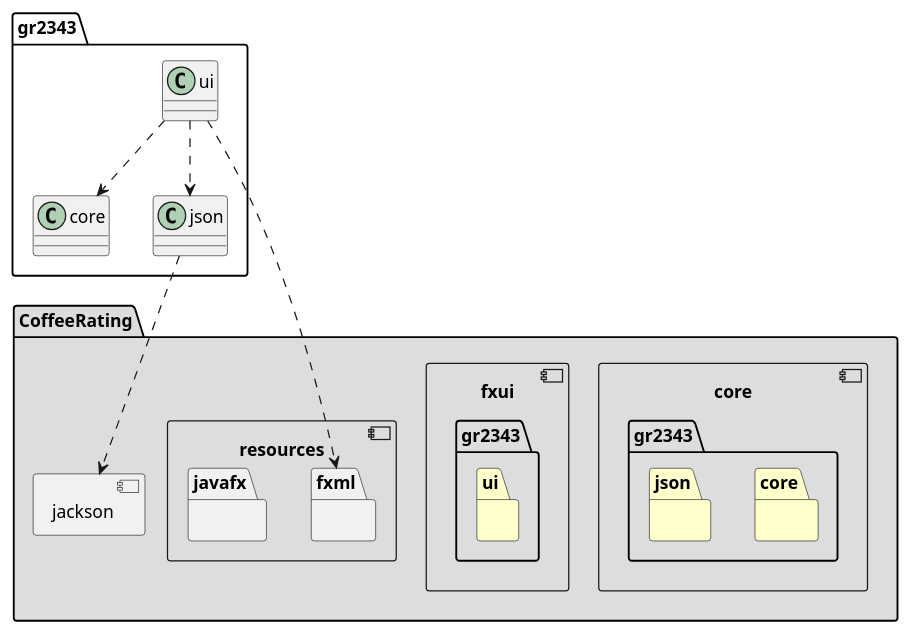
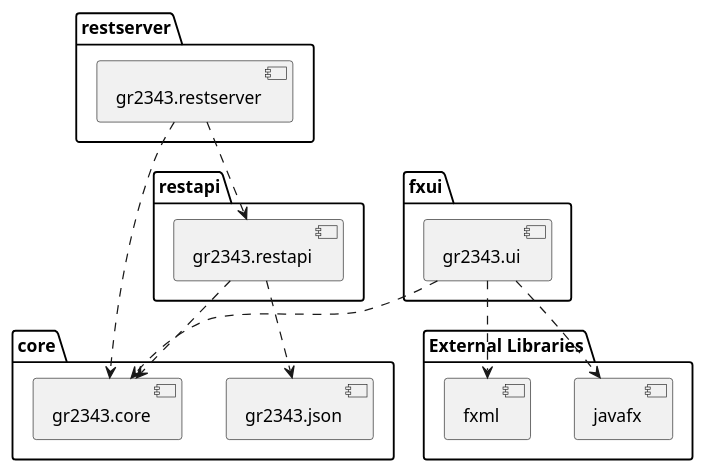
One commit to annafarestrand/informatikk_prosjektarbeid changed the diagram in docs/diagrams/package_diagram.puml. Above: the diagram before and after it, drawn with PlantUML.

Commit message:
Updated pacakge diagram. Co-Authored by: Julie

```diff
--- a/docs/diagrams/package_diagram.puml
+++ b/docs/diagrams/package_diagram.puml
@@ -1,37 +1,33 @@
 @startuml package_diagram
-folder CoffeeRating #DDDDDD{
-    component core #DDDDDD{
-        package gr2343.core #FFFFCC{
-            
-        }
-        package gr2343.json #FFFFCC{ 
-            
-        }
-    }
 
-    component fxui #DDDDDD{
-        package gr2343.ui #FFFFCC{
-            
-        }
-    }
-
-    component jackson {
-
-    }
-
-    component resources {
-        package fxml{
-
-        }
-        package javafx{
-
-        }
-    }
+package core {
+    [gr2343.json] 
+    [gr2343.core] 
 }
 
-gr2343.ui ..> gr2343.core
-gr2343.ui ..> gr2343.json
+package fxui {
+    [gr2343.ui] 
+}
 
-gr2343.json ..> jackson
-gr2343.ui ..> fxml
+package restserver {
+    [gr2343.restserver] 
+}
+
+package restapi {
+    [gr2343.restapi] 
+}
+
+package "External Libraries" {
+    [javafx]
+    [fxml]
+}
+
+[gr2343.ui] ..> [javafx]
+[gr2343.ui] ..> [fxml]
+[gr2343.restserver] ..> [gr2343.restapi]
+[gr2343.ui] ..> [gr2343.core]
+[gr2343.restserver] ..> [gr2343.core]
+[gr2343.restapi] ..> [gr2343.core]
+[gr2343.restapi] ..> [gr2343.json]
+
 @enduml
```
